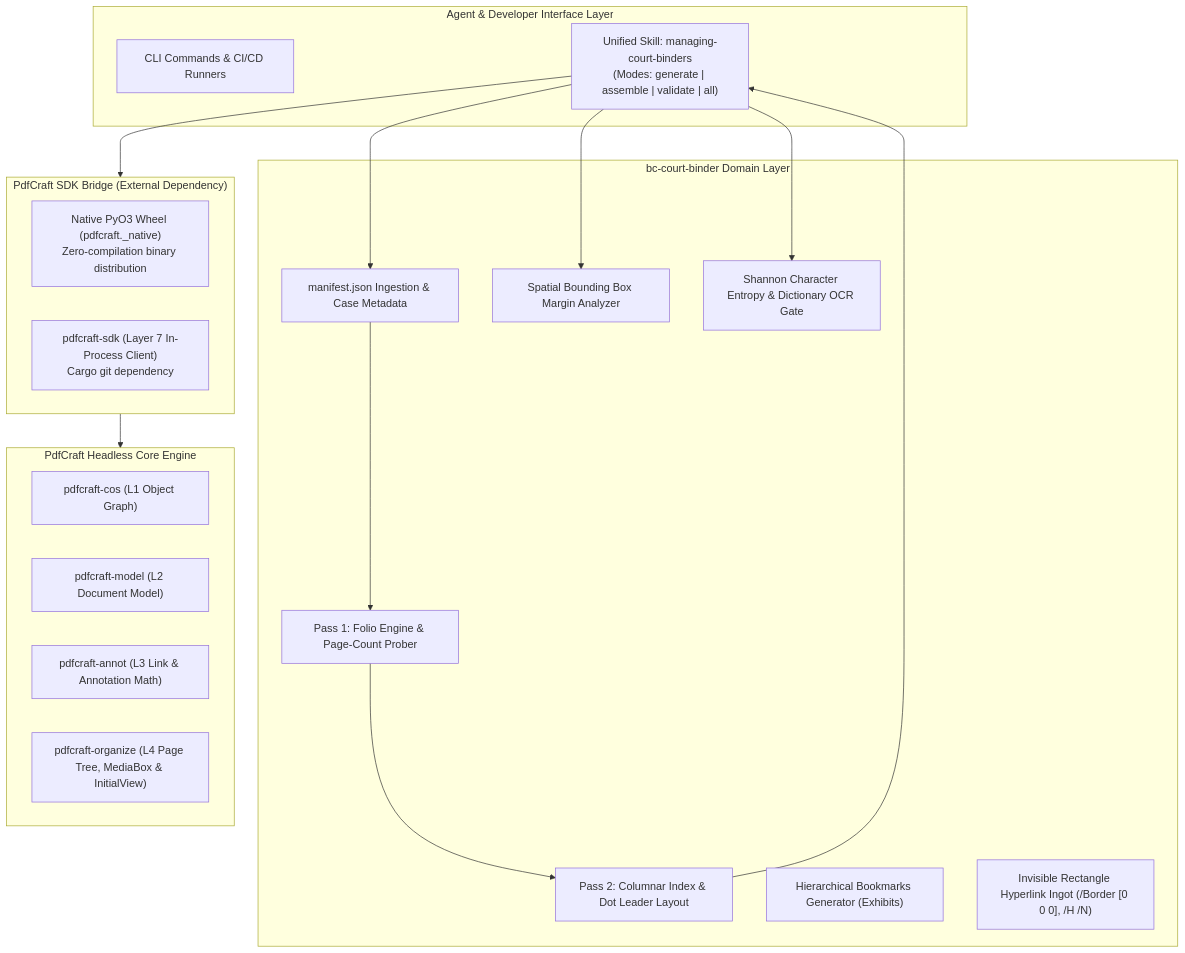
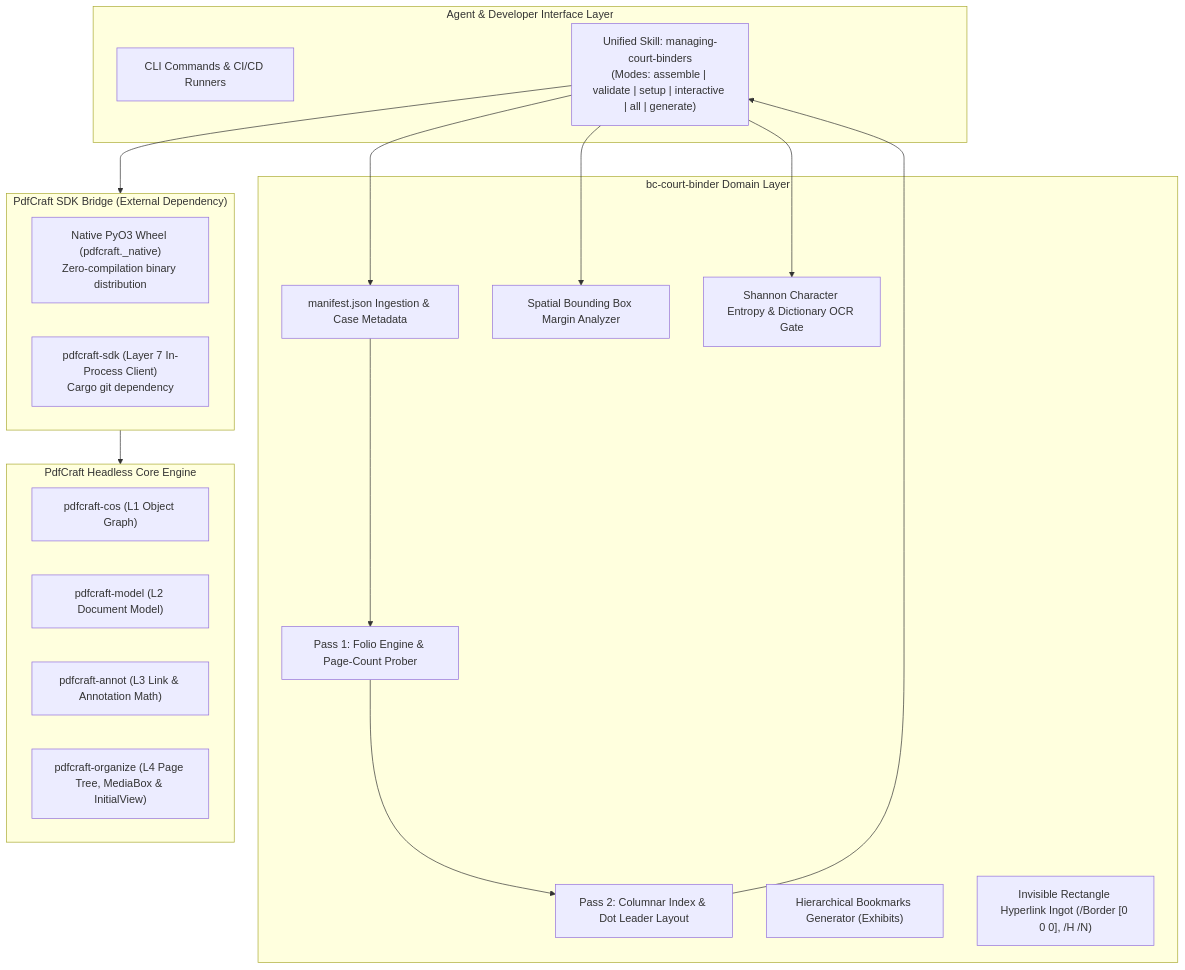
One commit to bcgov/bc-court-binder-builder changed the second of 2 diagrams in architecture.md. Above: the diagram before and after it, drawn with Mermaid. The commit also changed other lines of this file and 4 other files, not shown here.

Commit message:
docs: update README, architecture.md, and AGENTS.md for single consolidated skill and self-contained references

````diff
--- a/architecture.md
+++ b/architecture.md
@@ -58,38 +58,38 @@
 ```mermaid
 flowchart TD
     subgraph UI["Agent & Developer Interface Layer"]
         CLI["CLI Commands & CI/CD Runners"]
-        Skill["Unified Skill: managing-court-binders<br/>(Modes: generate | assemble | validate | all)"]
+        Skill["Unified Skill: managing-court-binders<br/>(Modes: assemble | validate | setup | interactive | all | generate)"]
     end
 
     subgraph Domain["bc-court-binder Domain Layer"]
         Manifest["manifest.json Ingestion & Case Metadata"]
         FolioEngine["Pass 1: Folio Engine & Page-Count Prober"]
         TableGen["Pass 2: Columnar Index & Dot Leader Layout"]
         TreeGen["Hierarchical Bookmarks Generator (Exhibits)"]
         Linker["Invisible Rectangle Hyperlink Ingot (/Border [0 0 0], /H /N)"]
         SpatialAudit["Spatial Bounding Box Margin Analyzer"]
         EntropyAudit["Shannon Character Entropy & Dictionary OCR Gate"]
     end
 
     subgraph Integration["PdfCraft SDK Bridge (External Dependency)"]
         PyWheel["Native PyO3 Wheel (pdfcraft._native)<br/>Zero-compilation binary distribution"]
         RustSDK["pdfcraft-sdk (Layer 7 In-Process Client)<br/>Cargo git dependency"]
     end
 
     subgraph CoreEngine["PdfCraft Headless Core Engine"]
         Cos["pdfcraft-cos (L1 Object Graph)"]
         Model["pdfcraft-model (L2 Document Model)"]
         Annot["pdfcraft-annot (L3 Link & Annotation Math)"]
         Organize["pdfcraft-organize (L4 Page Tree, MediaBox & InitialView)"]
     end
 
     Skill --> Manifest
     Manifest --> FolioEngine
     FolioEngine --> TableGen
     TableGen --> Skill
     Skill --> Integration
     Integration --> CoreEngine
     Skill --> SpatialAudit
     Skill --> EntropyAudit
 ```
````
